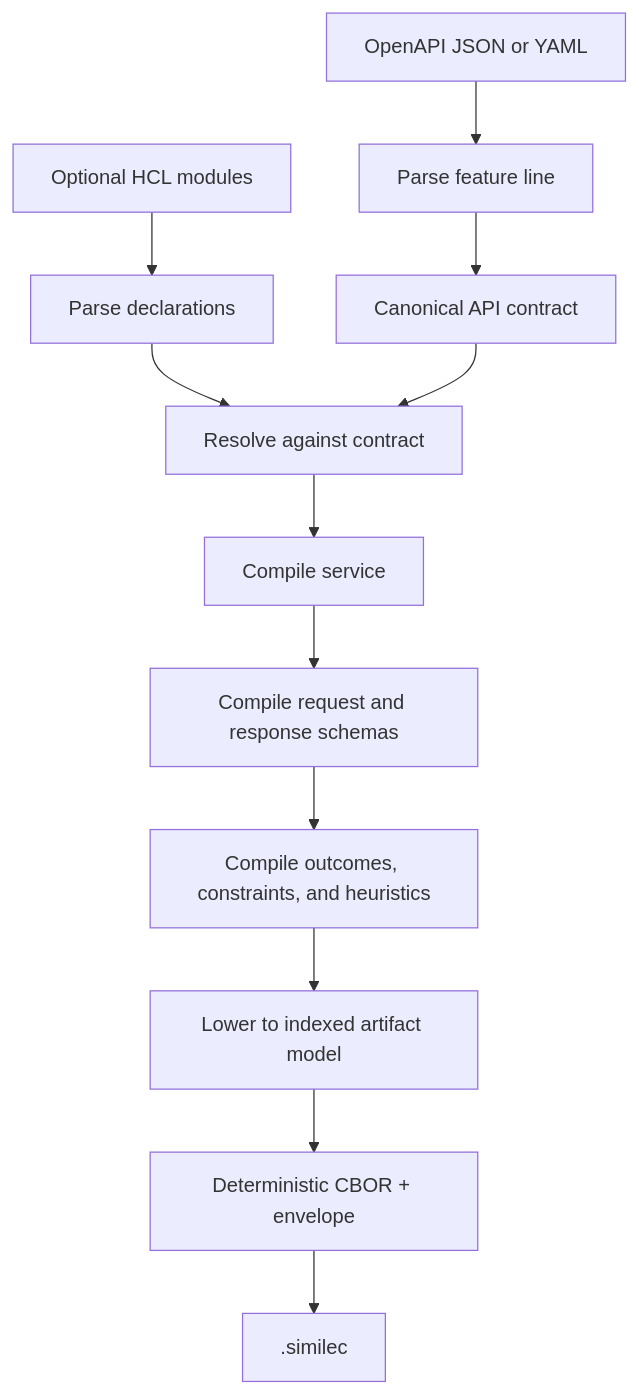
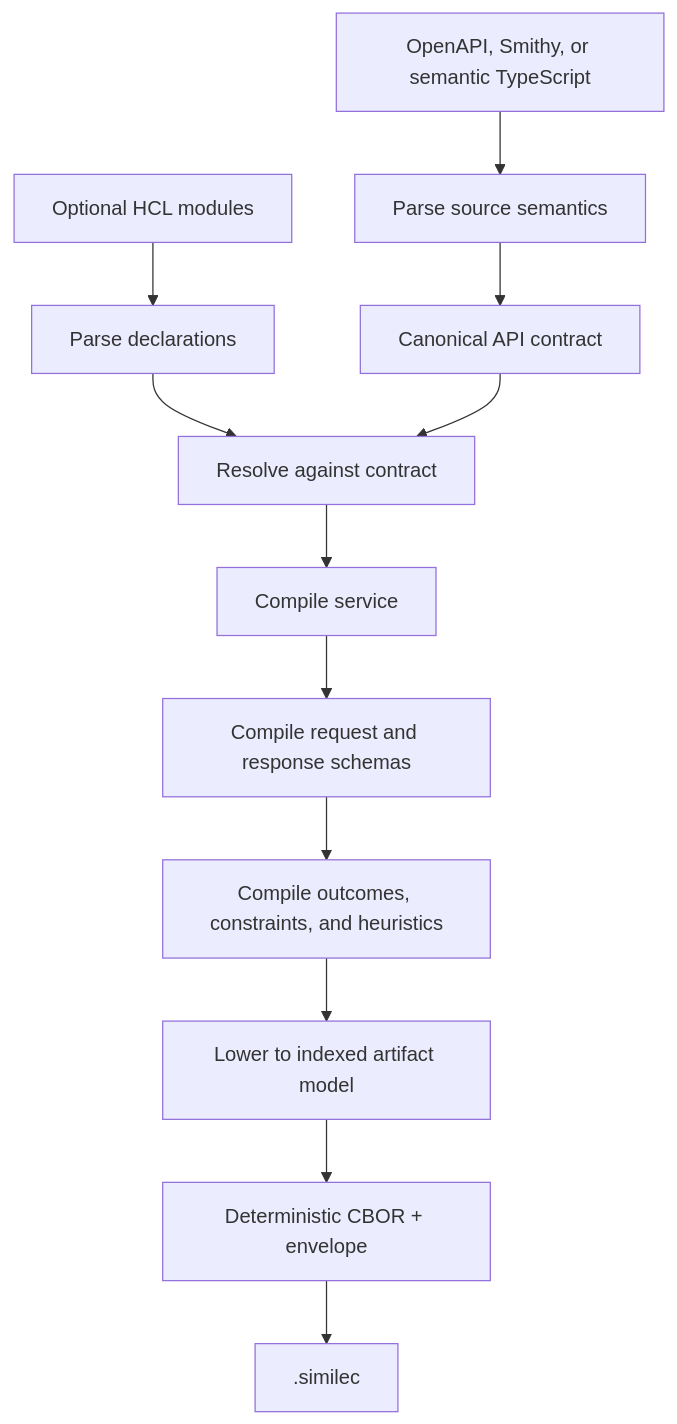
Before and after one commit to inttegro/simile: the diagram in docs/compilation-pipeline.md, drawn with Mermaid. The commit also changed other lines of this file and 26 other files, not shown here.

````diff
--- a/docs/compilation-pipeline.md
+++ b/docs/compilation-pipeline.md
@@ -10,14 +10,14 @@
 ```mermaid
 flowchart TD
-  OA[OpenAPI JSON or YAML] --> ParseOA[Parse feature line]
-  ParseOA --> Contract[Canonical API contract]
+  Sources[OpenAPI, Smithy, or semantic TypeScript] --> Frontend[Parse source semantics]
+  Frontend --> Contract[Canonical API contract]
   HCL[Optional HCL modules] --> ParseHCL[Parse declarations]
   ParseHCL --> Semantics[Resolve against contract]
   Contract --> Semantics
   Semantics --> Merge[Compile service]
   Merge --> Schema[Compile request and response schemas]
   Schema --> Fidelity[Compile outcomes, constraints, and heuristics]
   Fidelity --> Lower[Lower to indexed artifact model]
   Lower --> Encode[Deterministic CBOR + envelope]
   Encode --> Similec[.similec]
 ```
````
